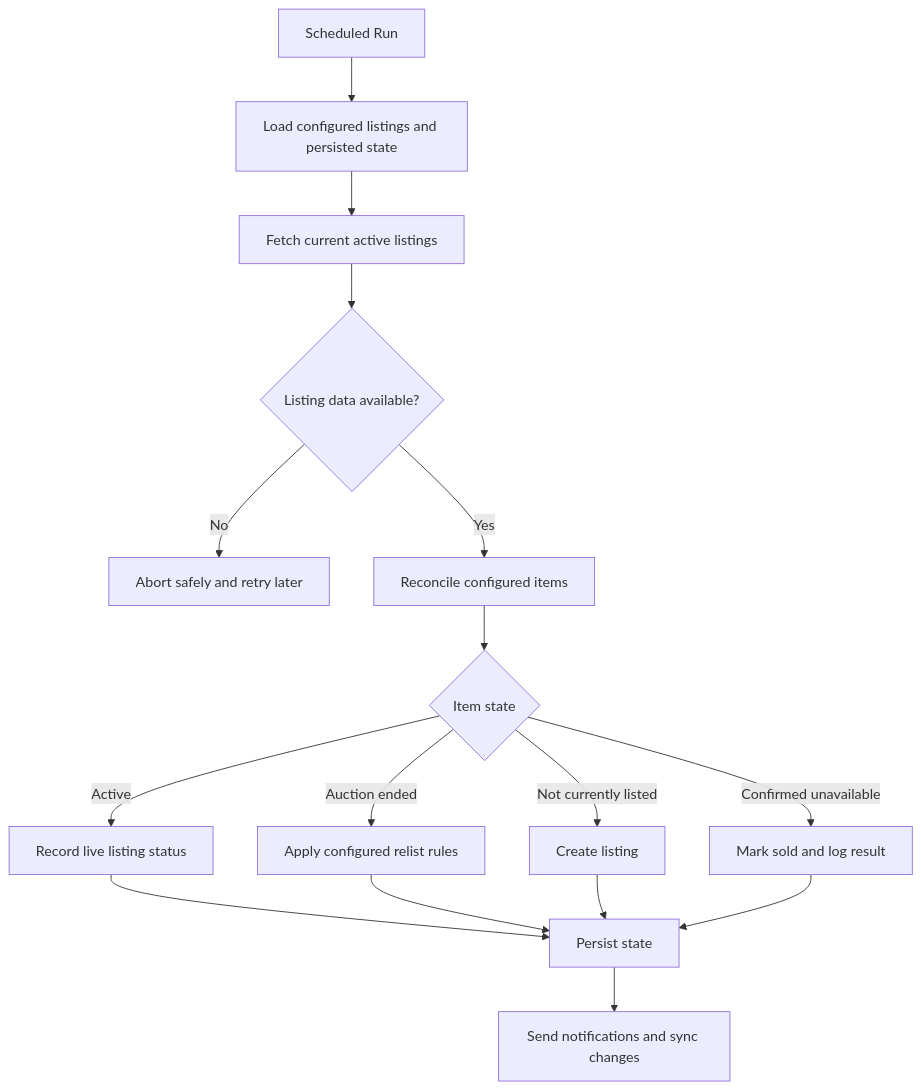
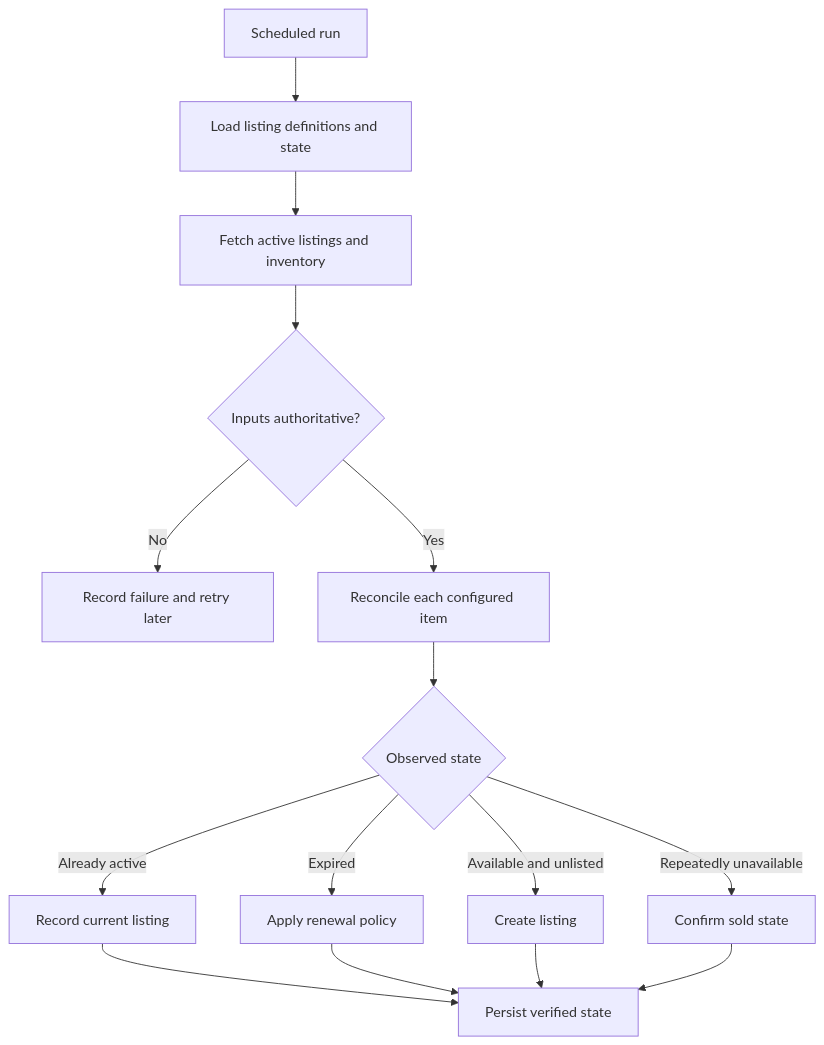
One commit to ChardXBT/CS2-Marketplace-Trading-System changed the third of 3 diagrams in README.md. Above: the diagram before and after it, drawn with Mermaid. The commit also changed other lines of this file, not shown here.

````diff
--- a/README.md
+++ b/README.md
@@ -183,18 +177,17 @@
 ```mermaid
 flowchart TD
-    A["Scheduled Run"] --> B["Load configured listings and persisted state"]
-    B --> C["Fetch current active listings"]
-    C --> D{"Listing data available?"}
-    D -->|No| E["Abort safely and retry later"]
-    D -->|Yes| F["Reconcile configured items"]
-    F --> G{"Item state"}
-    G -->|Active| H["Record live listing status"]
-    G -->|Auction ended| I["Apply configured relist rules"]
-    G -->|Not currently listed| J["Create listing"]
-    G -->|Confirmed unavailable| K["Mark sold and log result"]
-    H --> L["Persist state"]
+    A["Scheduled run"] --> B["Load listing definitions and state"]
+    B --> C["Fetch active listings and inventory"]
+    C --> D{"Inputs authoritative?"}
+    D -->|No| E["Record failure and retry later"]
+    D -->|Yes| F["Reconcile each configured item"]
+    F --> G{"Observed state"}
+    G -->|Already active| H["Record current listing"]
+    G -->|Expired| I["Apply renewal policy"]
+    G -->|Available and unlisted| J["Create listing"]
+    G -->|Repeatedly unavailable| K["Confirm sold state"]
+    H --> L["Persist verified state"]
     I --> L
     J --> L
     K --> L
-    L --> M["Send notifications and sync changes"]
 ```
````
